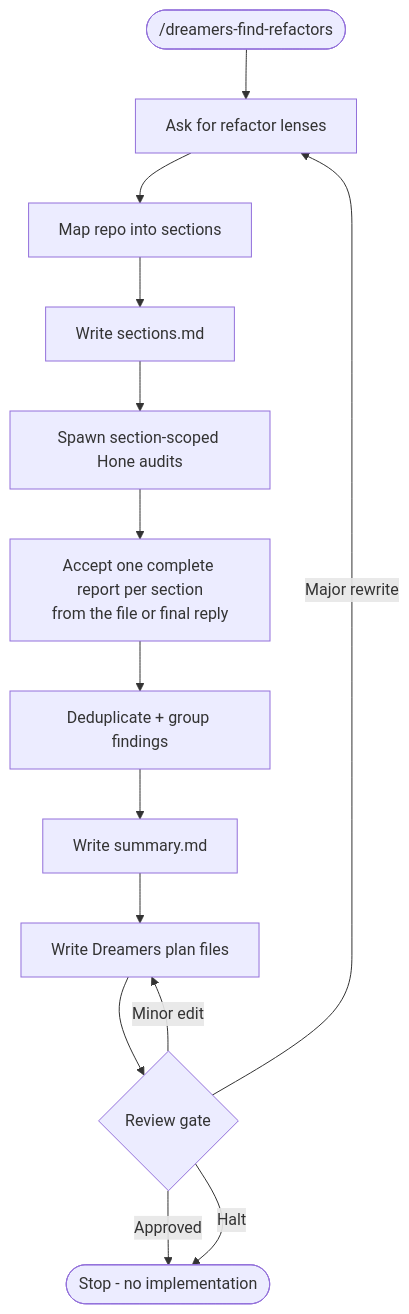
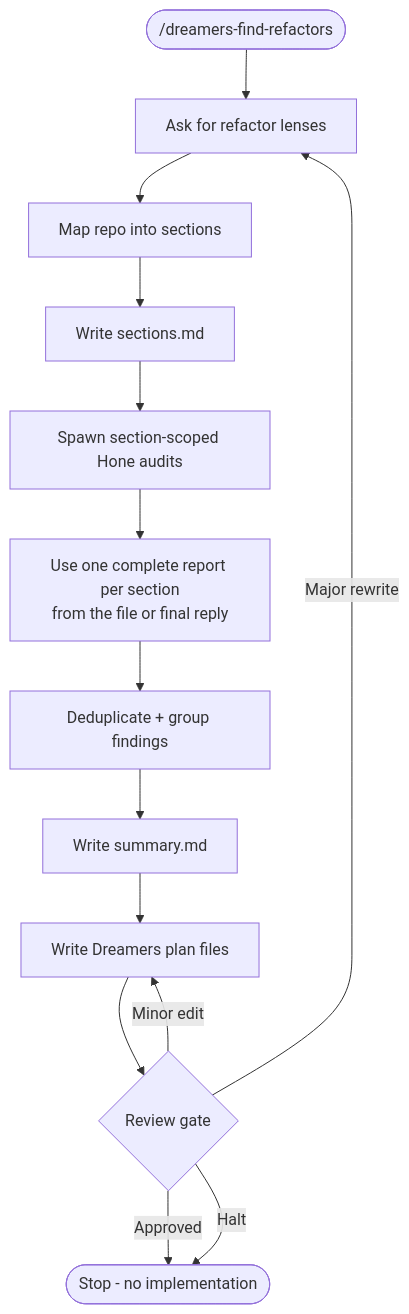
The diagram in .github/skills/dreamers-find-refactors/readme.md (mrStorrs/dreamers-copilot), drawn with Mermaid before and after one commit. The commit also changed other lines of this file and 27 other files, not shown here.

````diff
--- a/.github/skills/dreamers-find-refactors/readme.md
+++ b/.github/skills/dreamers-find-refactors/readme.md
@@ -5,16 +5,16 @@
 ```mermaid
 flowchart TD
     Start(["/dreamers-find-refactors"]) --> Lens["Ask for refactor lenses"]
     Lens --> Section["Map repo into sections"]
     Section --> Manifest["Write sections.md"]
     Manifest --> Hone["Spawn section-scoped Hone audits"]
-    Hone --> Reports["Accept one complete report per section<br/>from the file or final reply"]
-    Reports --> Synthesis["Deduplicate + group findings"]
+    Hone --> Artifacts["Use one complete report per section<br/>from the file or final reply"]
+    Artifacts --> Synthesis["Deduplicate + group findings"]
     Synthesis --> Summary["Write summary.md"]
     Summary --> Plans["Write Dreamers plan files"]
     Plans --> Gate{"Review gate"}
     Gate -->|Minor edit| Plans
     Gate -->|Major rewrite| Lens
     Gate -->|Approved| Stop(["Stop - no implementation"])
     Gate -->|Halt| Stop
 ```
````
